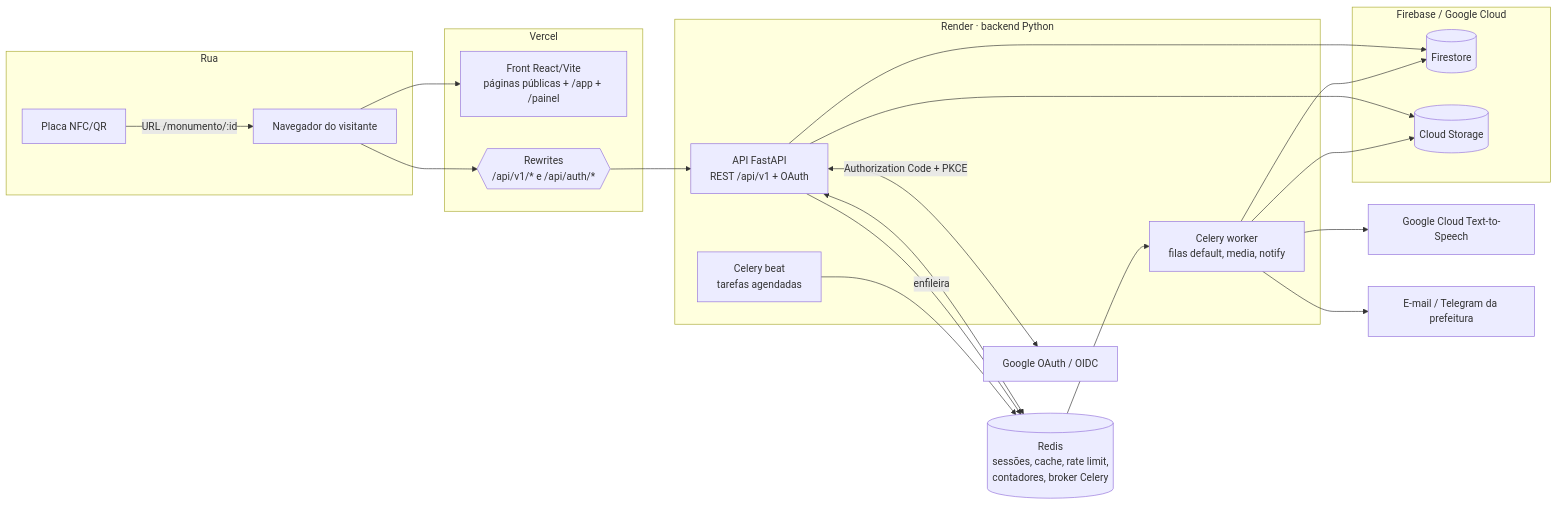
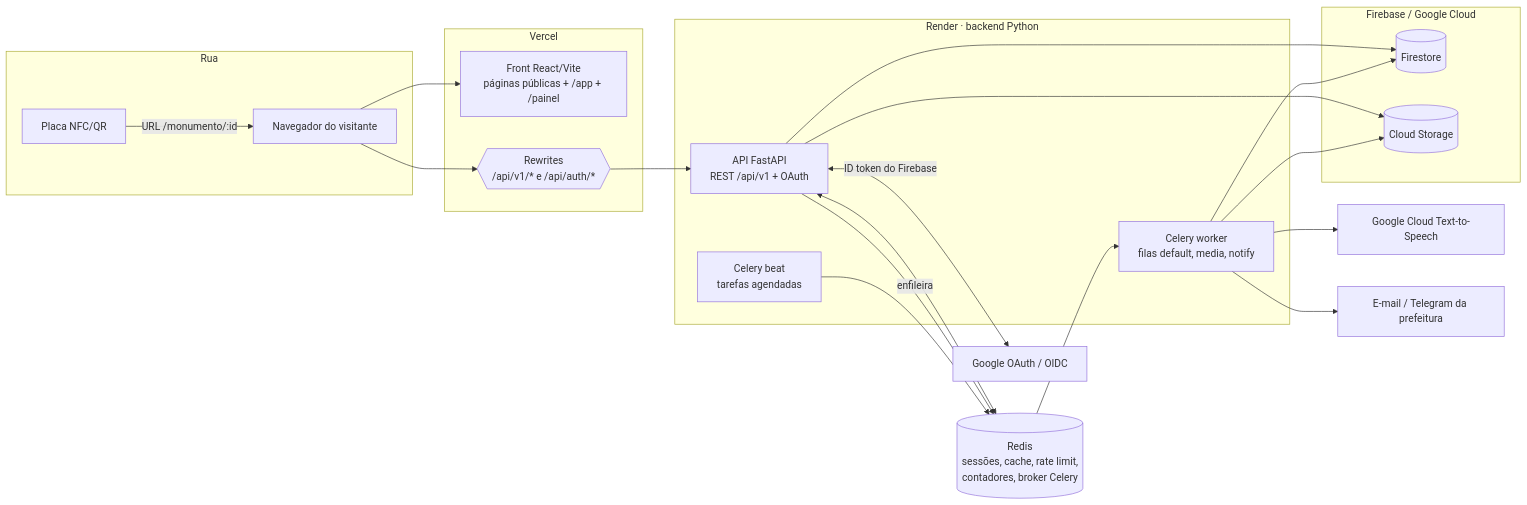
The first of 2 diagrams in docs/arquitetura.md (EneasDavid/memoria-urbana-maceio), drawn with Mermaid before and after one commit. The commit also changed other lines of this file and 39 other files, not shown here.

````diff
--- a/docs/arquitetura.md
+++ b/docs/arquitetura.md
@@ -9,36 +9,36 @@
 ```mermaid
 flowchart LR
   subgraph Rua
     P[Placa NFC/QR] -->|URL /monumento/:id| B[Navegador do visitante]
   end
   subgraph Vercel
     F[Front React/Vite<br/>páginas públicas + /app + /painel]
     R{{Rewrites<br/>/api/v1/* e /api/auth/*}}
   end
   subgraph Backend [Render · backend Python]
     A[API FastAPI<br/>REST /api/v1 + OAuth]
     W[Celery worker<br/>filas default, media, notify]
     S[Celery beat<br/>tarefas agendadas]
   end
   RD[(Redis<br/>sessões, cache, rate limit,<br/>contadores, broker Celery)]
   subgraph Firebase [Firebase / Google Cloud]
     FS[(Firestore)]
     ST[(Cloud Storage)]
   end
   G[Google OAuth / OIDC]
   TTS[Google Cloud Text-to-Speech]
   MAIL[E-mail / Telegram da prefeitura]
 
   B --> F
   B --> R --> A
   A <--> RD
   A --> FS
   A --> ST
-  A <-->|Authorization Code + PKCE| G
+  A <-->|ID token do Firebase| G
   A -->|enfileira| RD --> W
   S --> RD
   W --> FS
   W --> ST
   W --> TTS
   W --> MAIL
 ```
````
